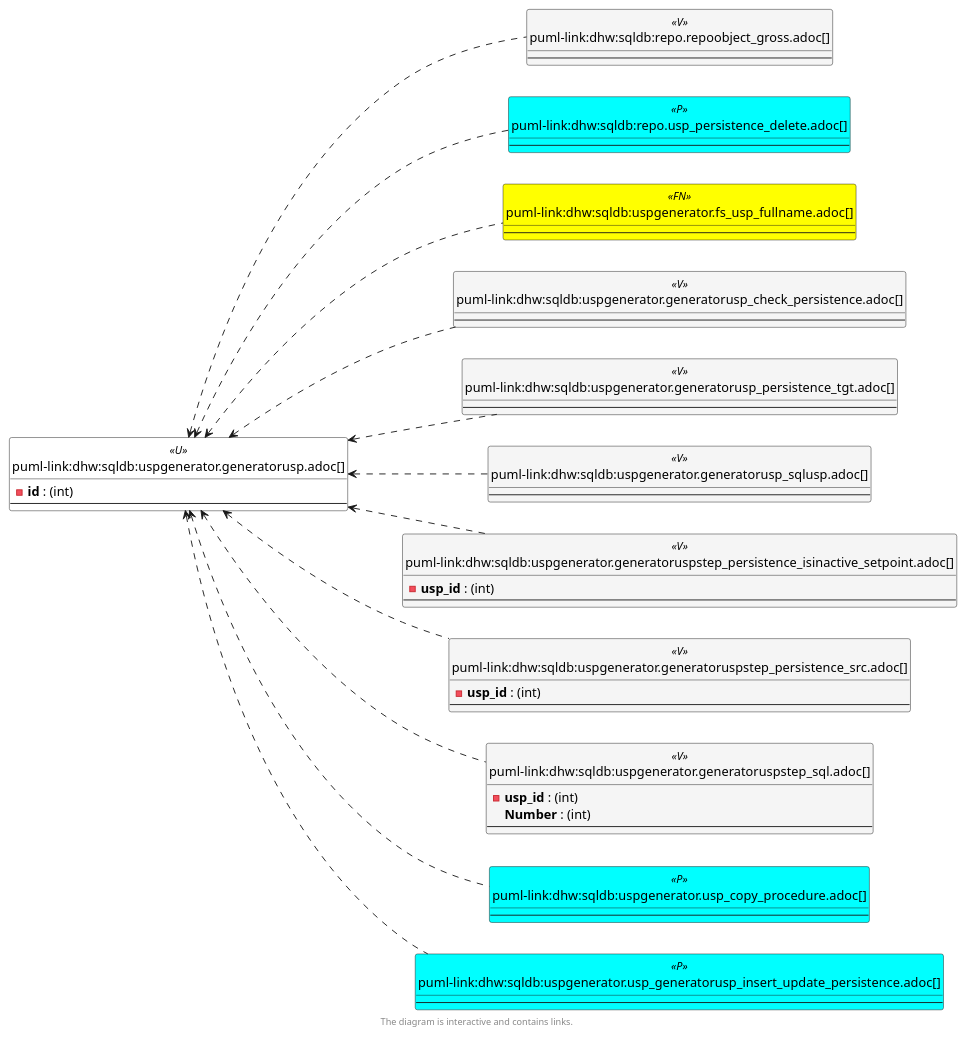
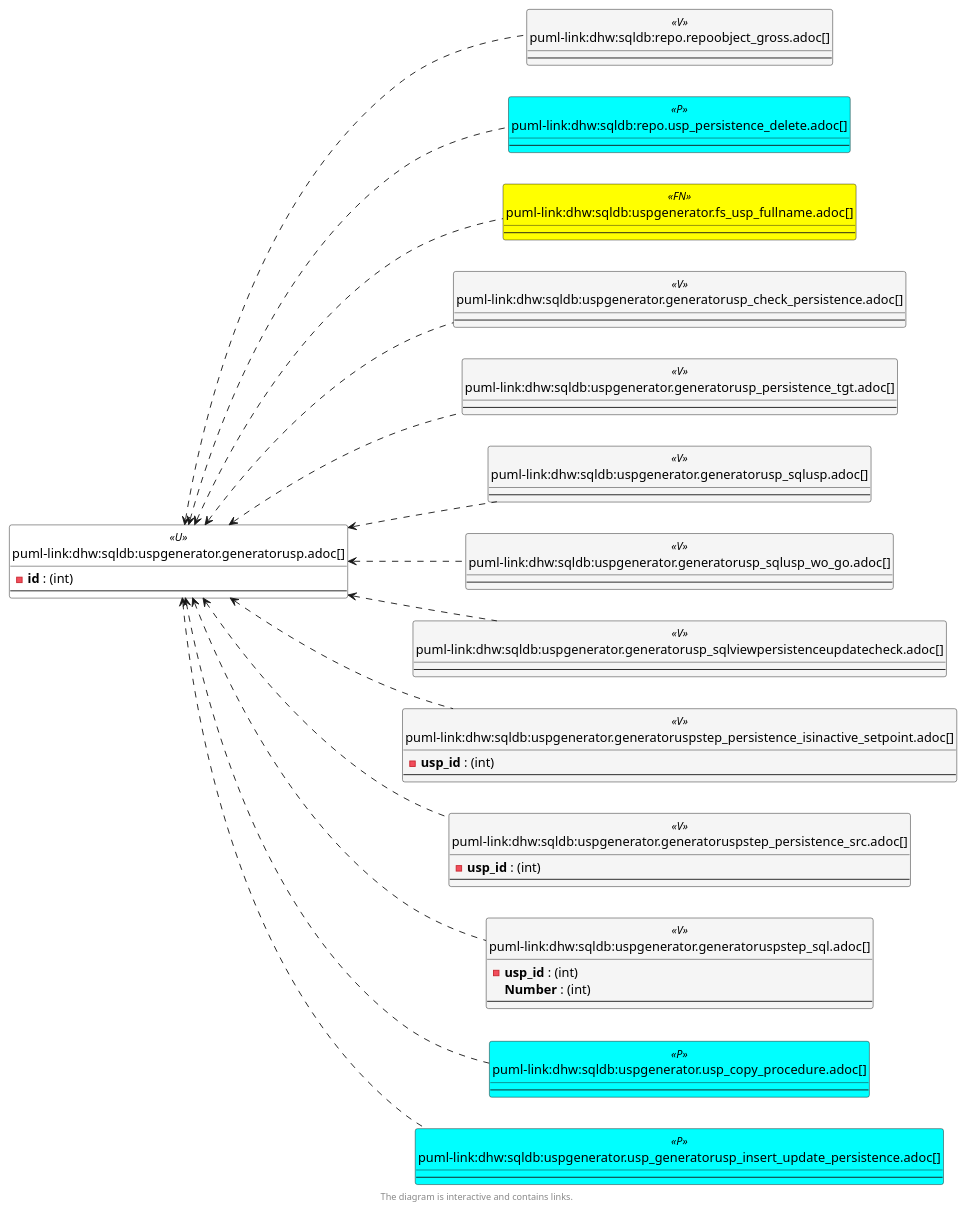
The third of 6 diagrams in docs/modules/sqldb/partials/content/uspgenerator.generatorusp.adoc (DataHandwerk/dhw-antora-sqldb), drawn with PlantUML before and after one commit. The commit also changed other lines of this file and 701 other files, not shown here.

```diff
--- a/docs/modules/sqldb/partials/content/uspgenerator.generatorusp.adoc
+++ b/docs/modules/sqldb/partials/content/uspgenerator.generatorusp.adoc
@@ -884,6 +895,14 @@
   --
 }
 
+entity "puml-link:dhw:sqldb:uspgenerator.generatorusp_sqlusp_wo_go.adoc[]" as uspgenerator.GeneratorUsp_SqlUsp_wo_GO << V >> {
+  --
+}
+
+entity "puml-link:dhw:sqldb:uspgenerator.generatorusp_sqlviewpersistenceupdatecheck.adoc[]" as uspgenerator.GeneratorUsp_SqlViewPersistenceUpdateCheck << V >> {
+  --
+}
+
 entity "puml-link:dhw:sqldb:uspgenerator.generatoruspstep_persistence_isinactive_setpoint.adoc[]" as uspgenerator.GeneratorUspStep_Persistence_IsInactive_setpoint << V >> {
   - **usp_id** : (int)
   --
@@ -908,17 +927,19 @@
   --
 }
 
+uspgenerator.GeneratorUsp <.. repo.RepoObject_gross
+uspgenerator.GeneratorUsp <.. repo.usp_persistence_delete
+uspgenerator.GeneratorUsp <.. uspgenerator.fs_usp_fullname
+uspgenerator.GeneratorUsp <.. uspgenerator.GeneratorUsp_check_persistence
 uspgenerator.GeneratorUsp <.. uspgenerator.GeneratorUsp_persistence_tgt
-uspgenerator.GeneratorUsp <.. uspgenerator.GeneratorUspStep_Sql
 uspgenerator.GeneratorUsp <.. uspgenerator.GeneratorUsp_SqlUsp
-uspgenerator.GeneratorUsp <.. repo.RepoObject_gross
+uspgenerator.GeneratorUsp <.. uspgenerator.GeneratorUsp_SqlUsp_wo_GO
+uspgenerator.GeneratorUsp <.. uspgenerator.GeneratorUsp_SqlViewPersistenceUpdateCheck
 uspgenerator.GeneratorUsp <.. uspgenerator.GeneratorUspStep_Persistence_IsInactive_setpoint
 uspgenerator.GeneratorUsp <.. uspgenerator.GeneratorUspStep_Persistence_src
+uspgenerator.GeneratorUsp <.. uspgenerator.GeneratorUspStep_Sql
+uspgenerator.GeneratorUsp <.. uspgenerator.usp_copy_procedure
 uspgenerator.GeneratorUsp <.. uspgenerator.usp_GeneratorUsp_insert_update_persistence
-uspgenerator.GeneratorUsp <.. uspgenerator.fs_usp_fullname
-uspgenerator.GeneratorUsp <.. uspgenerator.GeneratorUsp_check_persistence
-uspgenerator.GeneratorUsp <.. uspgenerator.usp_copy_procedure
-uspgenerator.GeneratorUsp <.. repo.usp_persistence_delete
 
 footer The diagram is interactive and contains links.
 
```
